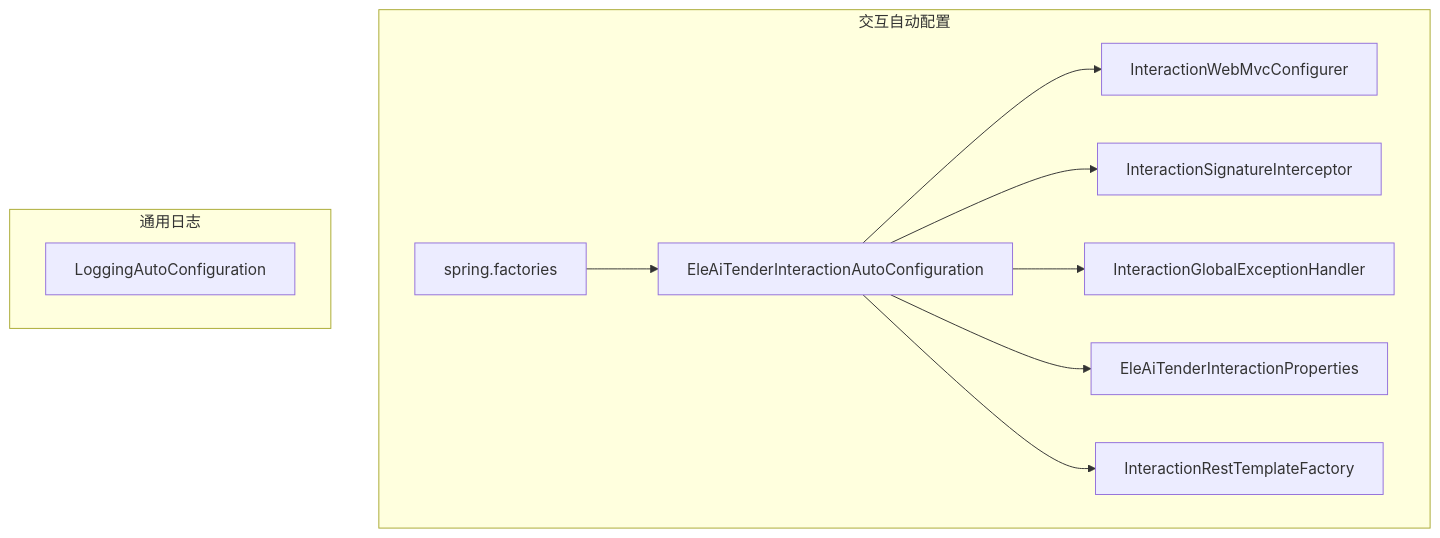
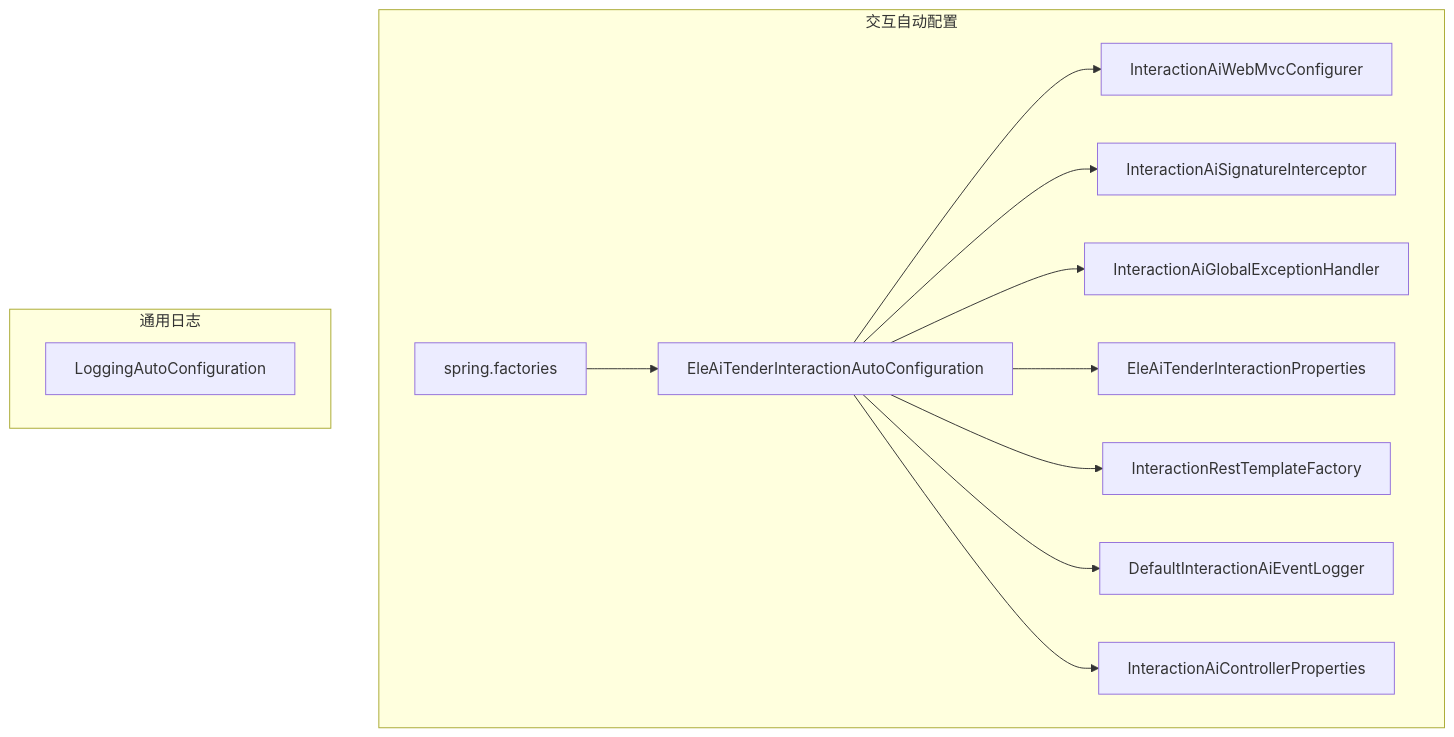
Before and after one commit to DrunkFood/First: the first of 8 diagrams in .qoder/repowiki/zh/content/后端服务/交互服务 (ele-ai-tender-interaction)/自动配置框架.md, drawn with Mermaid. The commit also changed other lines of this file and 69 other files, not shown here.

````diff
--- a/.qoder/repowiki/zh/content/后端服务/交互服务 (ele-ai-tender-interaction)/自动配置框架.md
+++ b/.qoder/repowiki/zh/content/后端服务/交互服务 (ele-ai-tender-interaction)/自动配置框架.md
@@ -36,14 +47,16 @@
 ```mermaid
 graph TB
 subgraph "交互自动配置"
 A["spring.factories"] --> B["EleAiTenderInteractionAutoConfiguration"]
-B --> C["InteractionWebMvcConfigurer"]
-B --> D["InteractionSignatureInterceptor"]
-B --> E["InteractionGlobalExceptionHandler"]
+B --> C["InteractionAiWebMvcConfigurer"]
+B --> D["InteractionAiSignatureInterceptor"]
+B --> E["InteractionAiGlobalExceptionHandler"]
 B --> F["EleAiTenderInteractionProperties"]
 B --> G["InteractionRestTemplateFactory"]
+B --> H["DefaultInteractionAiEventLogger"]
+B --> I["InteractionAiControllerProperties"]
 end
 subgraph "通用日志"
-H["LoggingAutoConfiguration"]
+J["LoggingAutoConfiguration"]
 end
 ```
````
